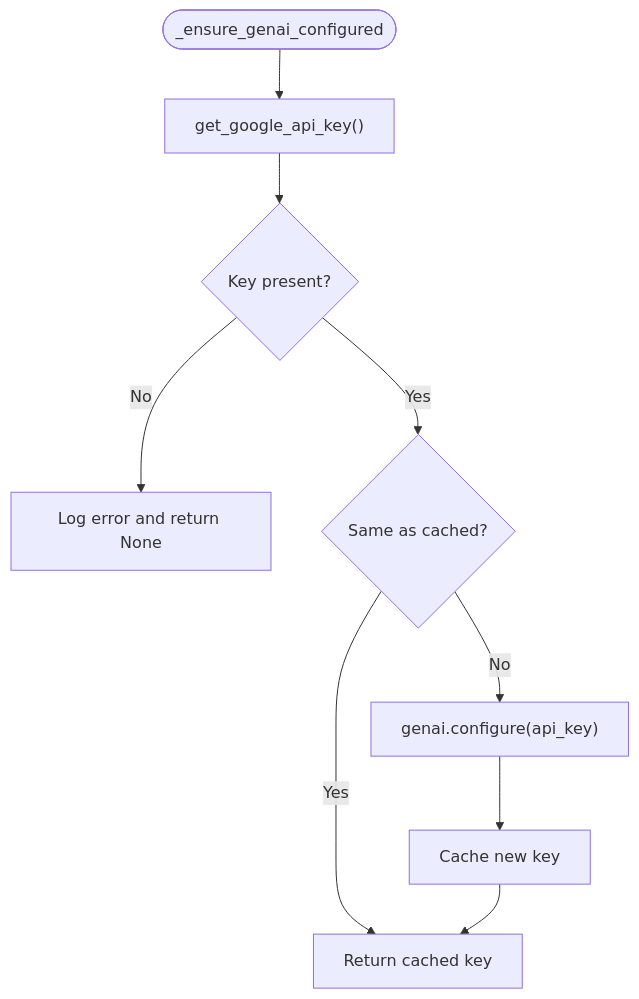
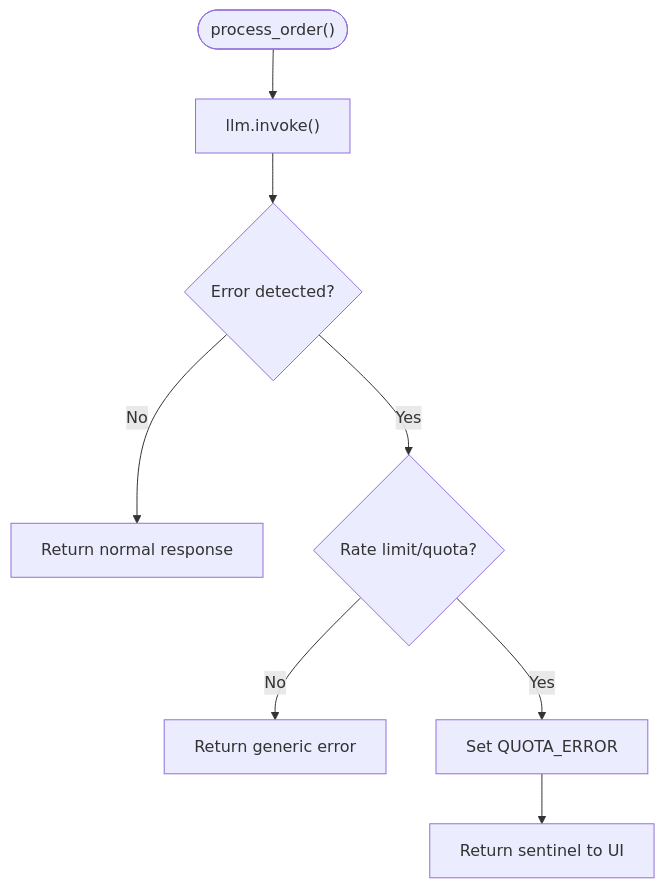
Before and after one commit to MOK-5-ha/MayaMCP: the seventh of 8 diagrams in .qoder/repowiki/en/content/Configuration Management/API Key Management.md, drawn with Mermaid. The commit also changed other lines of this file and 27 other files, not shown here.

````diff
--- a/.qoder/repowiki/en/content/Configuration Management/API Key Management.md
+++ b/.qoder/repowiki/en/content/Configuration Management/API Key Management.md
@@ -232,11 +283,10 @@
 ```mermaid
 flowchart TD
-Start(["_ensure_genai_configured"]) --> GetKey["get_google_api_key()"]
-GetKey --> HasKey{"Key present?"}
-HasKey --> |No| LogErr["Log error and return None"]
-HasKey --> |Yes| SameKey{"Same as cached?"}
-SameKey --> |Yes| ReturnKey["Return cached key"]
-SameKey --> |No| Reconfigure["genai.configure(api_key)"]
-Reconfigure --> Cache["Cache new key"]
-Cache --> ReturnKey
+ProcessOrder(["process_order()"]) --> CallLLM["llm.invoke()"]
+CallLLM --> CheckError{"Error detected?"}
+CheckError --> |No| ReturnResponse["Return normal response"]
+CheckError --> |Yes| CheckType{"Rate limit/quota?"}
+CheckType --> |No| ReturnGenericError["Return generic error"]
+CheckType --> |Yes| SetSentinel["Set QUOTA_ERROR"]
+SetSentinel --> ReturnSentinel["Return sentinel to UI"]
 ```
````
